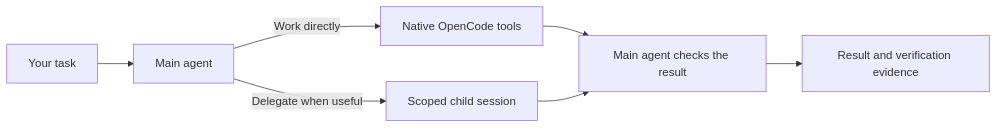
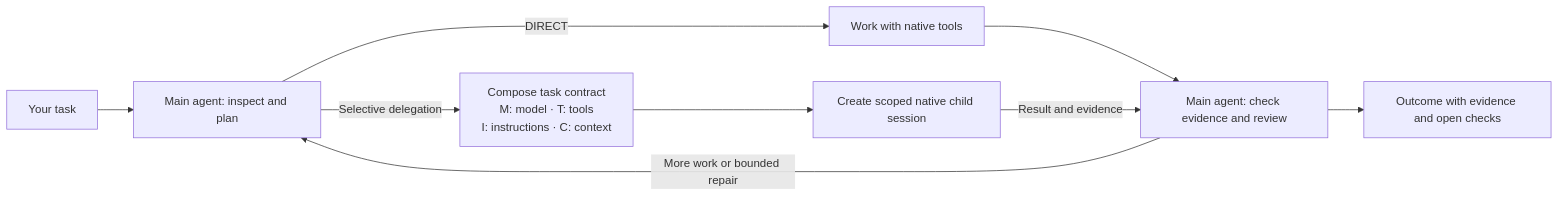
Before and after one commit to p-sternik/AOrchestra-opencode: the diagram in README.md, drawn with Mermaid. The commit also changed other lines of this file and 21 other files, not shown here.

````diff
--- a/README.md
+++ b/README.md
@@ -218,9 +143,11 @@
 ```mermaid
 flowchart LR
-    Request[Your task] --> Main[Main agent]
-    Main -->|Work directly| Direct[Native OpenCode tools]
-    Main -->|Delegate when useful| Worker[Scoped child session]
-    Direct --> Check[Main agent checks the result]
-    Worker --> Check
-    Check --> Result[Result and verification evidence]
+    Task[Your task] --> Main[Main agent: inspect and plan]
+    Main -->|DIRECT| Direct[Work with native tools]
+    Main -->|Selective delegation| Contract[Compose task contract<br/>M: model · T: tools<br/>I: instructions · C: context]
+    Contract --> Child[Create scoped native child session]
+    Direct --> Review[Main agent: check evidence and review]
+    Child -->|Result and evidence| Review
+    Review -->|More work or bounded repair| Main
+    Review --> Result[Outcome with evidence and open checks]
 ```
````
